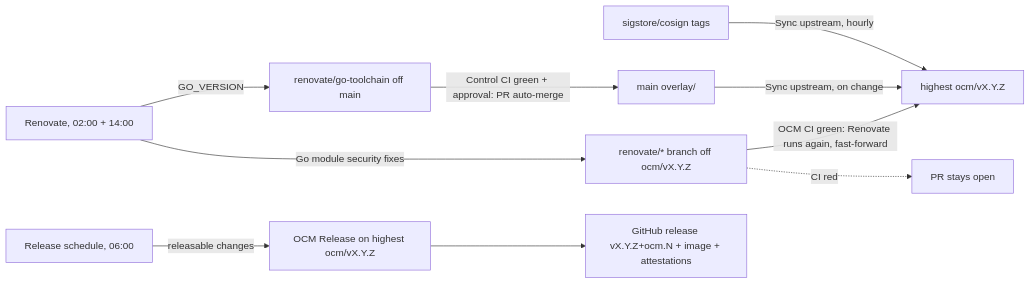
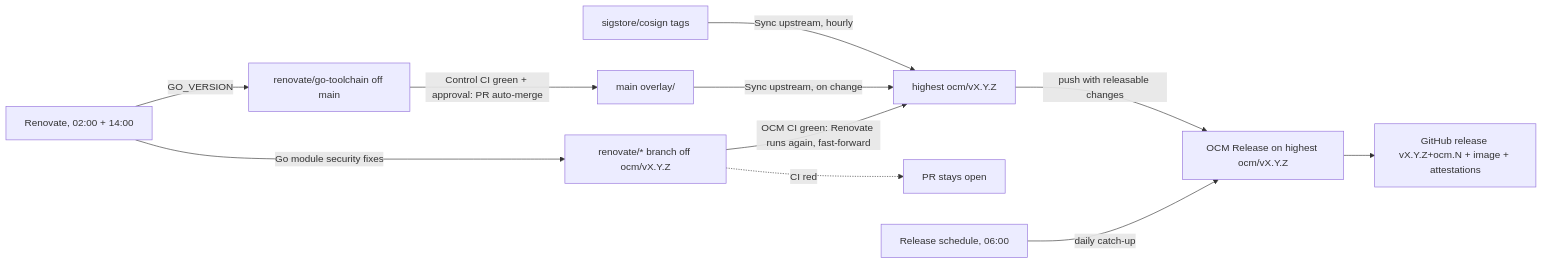
One commit to open-component-model/cosign changed the diagram in docs/maintenance.md. Above: the diagram before and after it, drawn with Mermaid. The commit also changed other lines of this file and 2 other files, not shown here.

First line of the commit message:
fix(release): trigger maintenance releases on push

````diff
--- a/docs/maintenance.md
+++ b/docs/maintenance.md
@@ -11,12 +11,13 @@
 ```mermaid
 flowchart LR
   U[sigstore/cosign tags] -->|Sync upstream, hourly| B[highest ocm/vX.Y.Z]
   O[main overlay/] -->|Sync upstream, on change| B
   R[Renovate, 02:00 + 14:00] -->|Go module security fixes| RB[renovate/* branch off ocm/vX.Y.Z]
   R -->|GO_VERSION| RM[renovate/go-toolchain off main]
   RB -->|OCM CI green: Renovate runs again, fast-forward| B
   RM -->|Control CI green + approval: PR auto-merge| O
   RB -.->|CI red| P[PR stays open]
-  S[Release schedule, 06:00] -->|releasable changes| REL[OCM Release on highest ocm/vX.Y.Z]
+  B -->|push with releasable changes| REL[OCM Release on highest ocm/vX.Y.Z]
+  S[Release schedule, 06:00] -->|daily catch-up| REL
   REL --> A[GitHub release vX.Y.Z+ocm.N + image + attestations]
 ```
````
